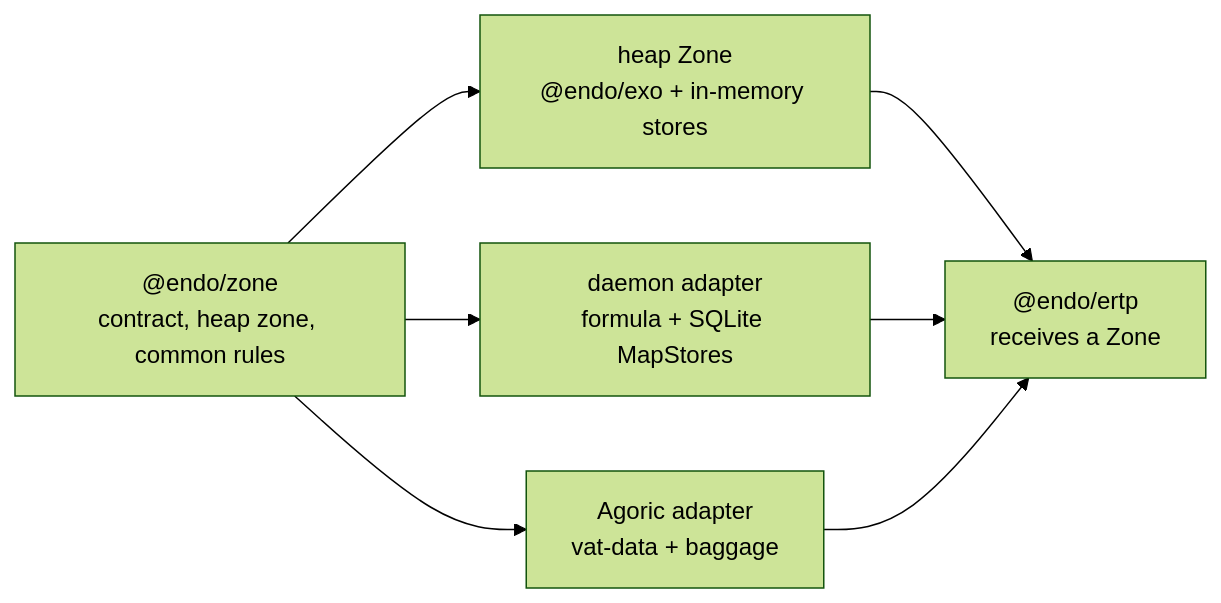
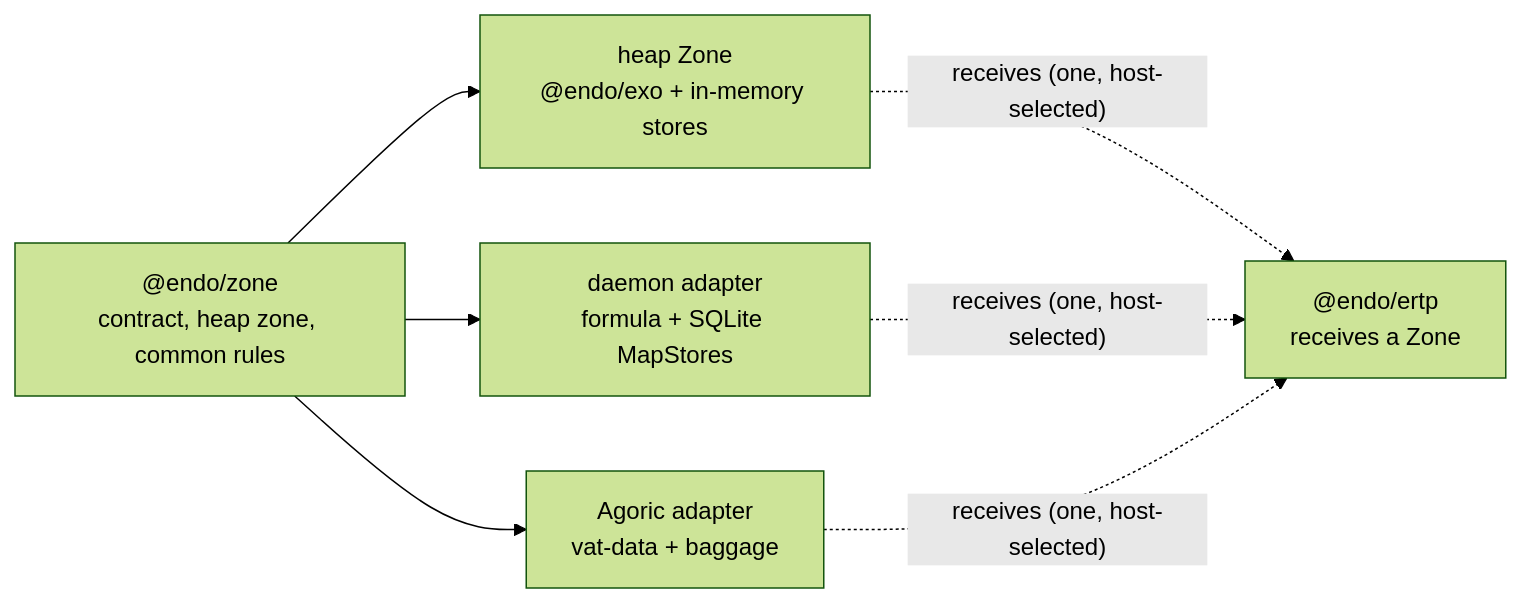
The diagram in designs/endo-zone.md (endojs/endo-but-for-bots), drawn with Mermaid (forest theme) before and after one commit. The commit also changed other lines of this file, not shown here.

````diff
--- a/designs/endo-zone.md
+++ b/designs/endo-zone.md
@@ -60,14 +81,14 @@
 ```mermaid
 flowchart LR
   zone["@endo/zone<br/>contract, heap zone, common rules"]
   heap["heap Zone<br/>@endo/exo + in-memory stores"]
   daemon["daemon adapter<br/>formula + SQLite MapStores"]
   agoric["Agoric adapter<br/>vat-data + baggage"]
   ertp["@endo/ertp<br/>receives a Zone"]
   zone --> heap
   zone --> daemon
   zone --> agoric
-  heap --> ertp
-  daemon --> ertp
-  agoric --> ertp
+  heap -. "receives (one, host-selected)" .-> ertp
+  daemon -. "receives (one, host-selected)" .-> ertp
+  agoric -. "receives (one, host-selected)" .-> ertp
 ```
````
